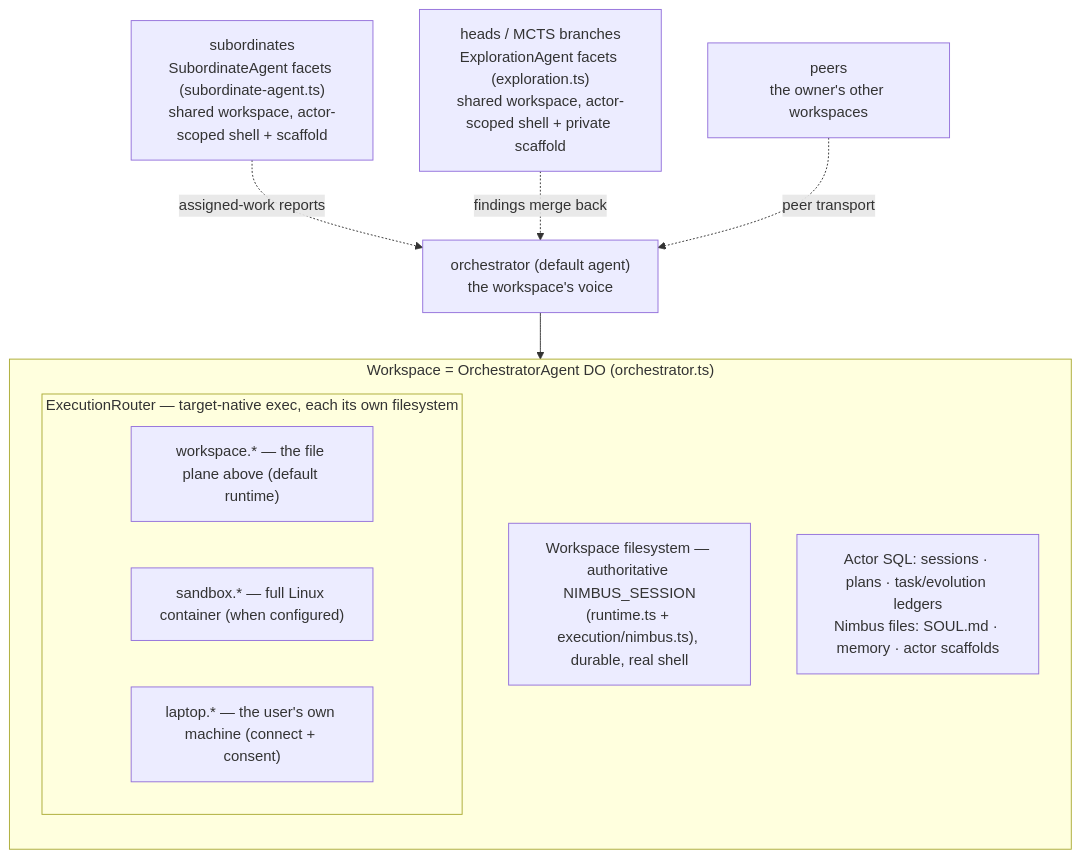
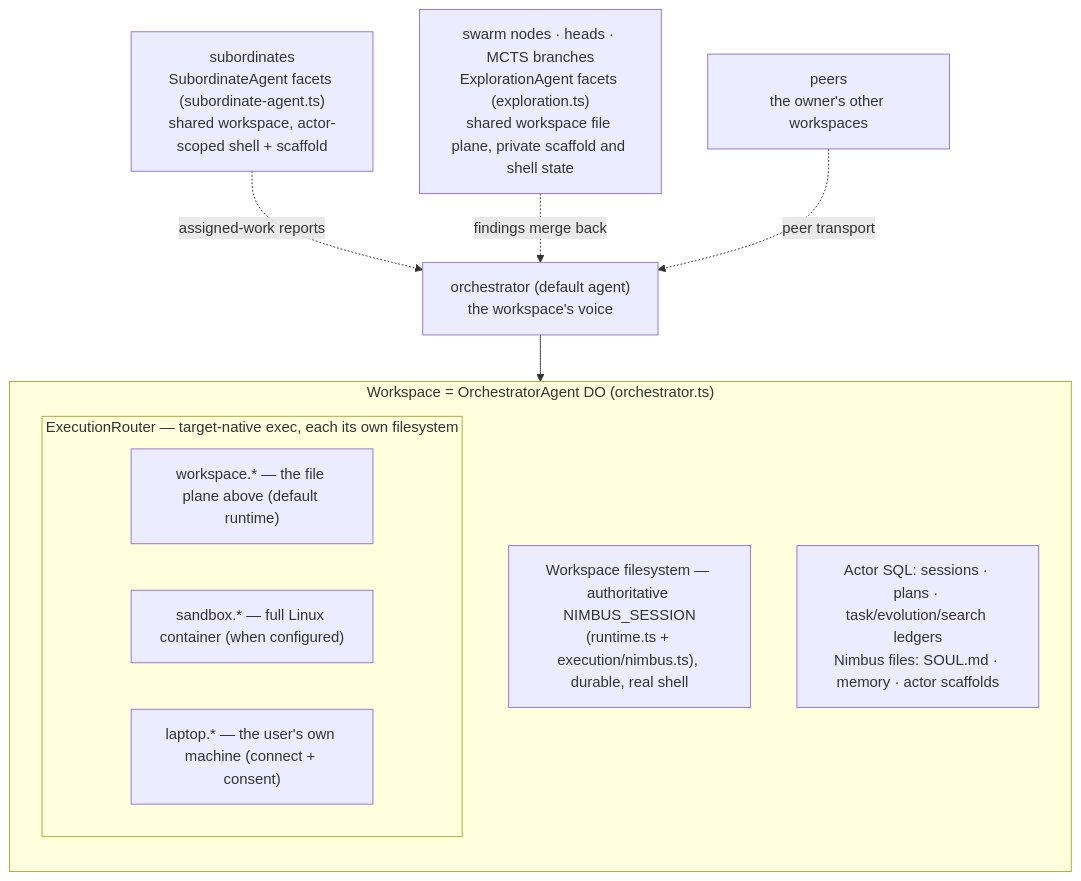
The first of 5 diagrams in docs/ARCHITECTURE.md (AshishKumar4/kinu), drawn with Mermaid before and after one commit. The commit also changed other lines of this file and 42 other files, not shown here.

Commit message:
docs: update diagrams, delegation docs, formal-spec counts

````diff
--- a/docs/ARCHITECTURE.md
+++ b/docs/ARCHITECTURE.md
@@ -29,18 +30,18 @@
 ```mermaid
 graph TB
     subgraph WS["Workspace = OrchestratorAgent DO (orchestrator.ts)"]
         direction TB
         Files["Workspace filesystem — authoritative NIMBUS_SESSION<br/>(runtime.ts + execution/nimbus.ts), durable, real shell"]
         subgraph Execs["ExecutionRouter — target-native exec, each its own filesystem"]
             W["workspace.* — the file plane above (default runtime)"]
             S["sandbox.* — full Linux container (when configured)"]
             P["laptop.* — the user's own machine (connect + consent)"]
         end
-        State["Actor SQL: sessions · plans · task/evolution ledgers<br/>Nimbus files: SOUL.md · memory · actor scaffolds"]
+        State["Actor SQL: sessions · plans · task/evolution/search ledgers<br/>Nimbus files: SOUL.md · memory · actor scaffolds"]
     end
 
     Orch["orchestrator (default agent)<br/>the workspace's voice"] --> WS
     Subs["subordinates<br/>SubordinateAgent facets (subordinate-agent.ts)<br/>shared workspace, actor-scoped shell + scaffold"] -.->|assigned-work reports| Orch
-    Heads["heads / MCTS branches<br/>ExplorationAgent facets (exploration.ts)<br/>shared workspace, actor-scoped shell + private scaffold"] -.->|findings merge back| Orch
+    Heads["swarm nodes · heads · MCTS branches<br/>ExplorationAgent facets (exploration.ts)<br/>shared workspace file plane, private scaffold and shell state"] -.->|findings merge back| Orch
     Peers["peers<br/>the owner's other workspaces"] -.->|peer transport| Orch
 ```
````
